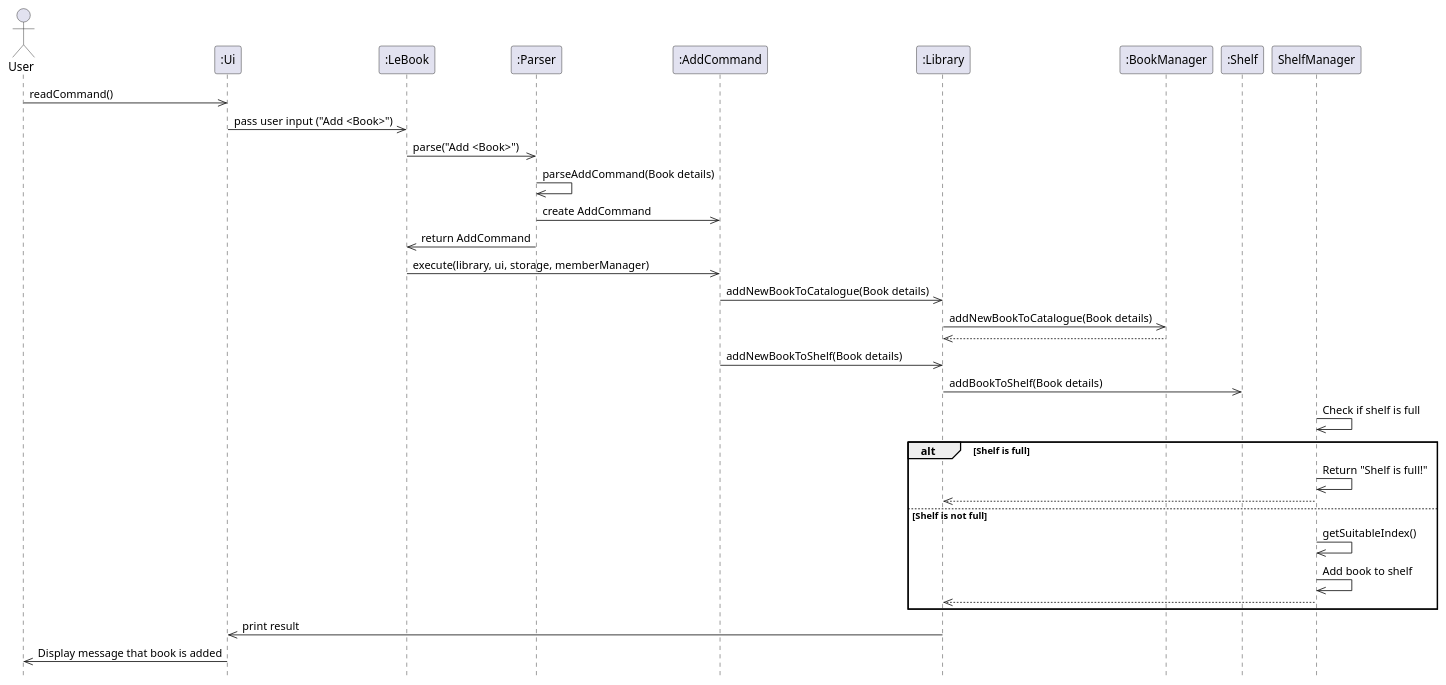
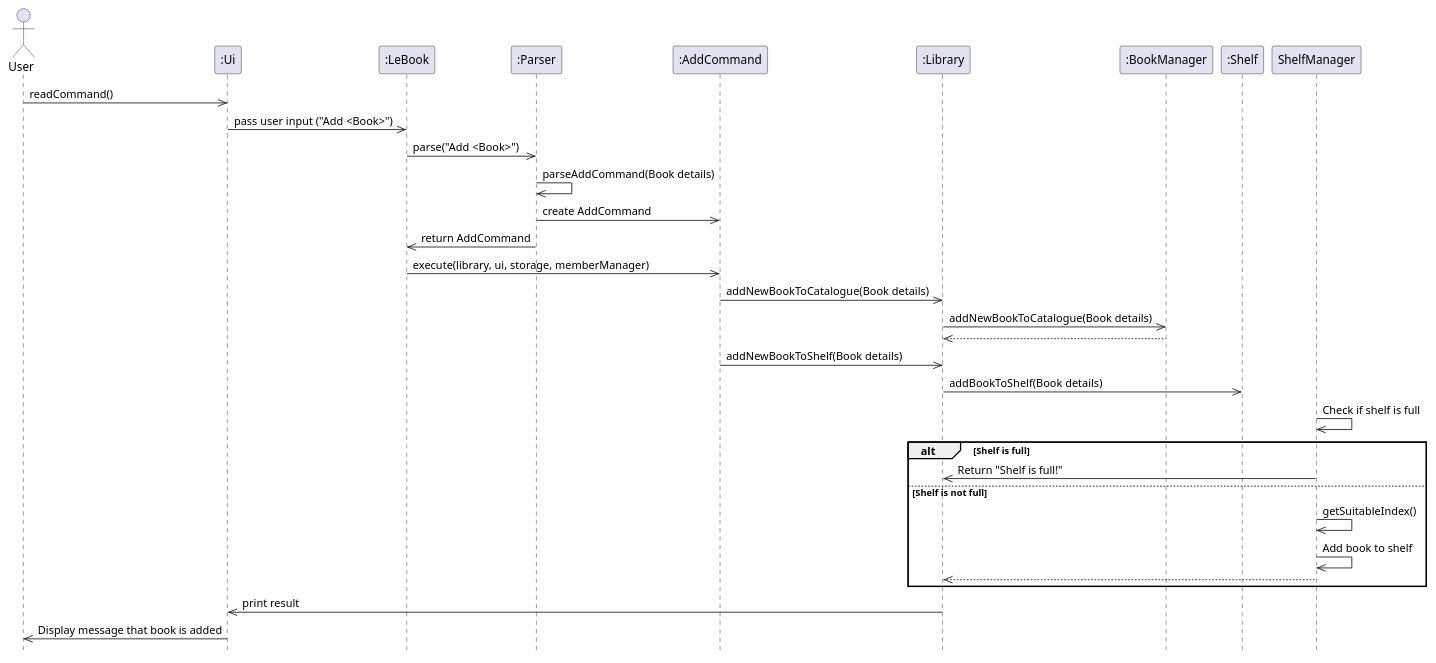
The diagram in docs/diagrams/AddBookSequence.puml (eth4n22/tp), drawn with PlantUML before and after one commit. The commit also changed 8 other files, not shown here.

```diff
--- a/docs/diagrams/AddBookSequence.puml
+++ b/docs/diagrams/AddBookSequence.puml
@@ -1,40 +1,39 @@
 @startuml
 hide footbox
 actor User as "User"
 participant Ui as ":Ui"
 participant LeBook as ":LeBook"
 participant Parser as ":Parser"
 participant AddCommand as ":AddCommand"
 participant Library as ":Library"
 participant BookManager as ":BookManager"
 participant Shelf as ":Shelf"
 
 
 User ->> Ui: readCommand()
 Ui ->> LeBook: pass user input ("Add <Book>")
 LeBook ->> Parser: parse("Add <Book>")
 Parser ->> Parser: parseAddCommand(Book details)
 Parser ->> AddCommand: create AddCommand
 Parser ->> LeBook: return AddCommand
 
 LeBook ->> AddCommand: execute(library, ui, storage, memberManager)
 AddCommand ->> Library: addNewBookToCatalogue(Book details)
 Library ->> BookManager: addNewBookToCatalogue(Book details)
 BookManager -->> Library
 
 AddCommand ->> Library: addNewBookToShelf(Book details)
 Library ->> Shelf: addBookToShelf(Book details)
 
 ShelfManager ->> ShelfManager: Check if shelf is full
 alt Shelf is full
-    ShelfManager ->> ShelfManager: Return "Shelf is full!"
-    ShelfManager -->> Library
+    ShelfManager ->> Library: Return "Shelf is full!"
 else Shelf is not full
     ShelfManager ->> ShelfManager: getSuitableIndex()
     ShelfManager ->> ShelfManager: Add book to shelf
     ShelfManager -->> Library
 end
 Library ->> Ui: print result
 
 Ui ->> User: Display message that book is added
 @enduml
```
